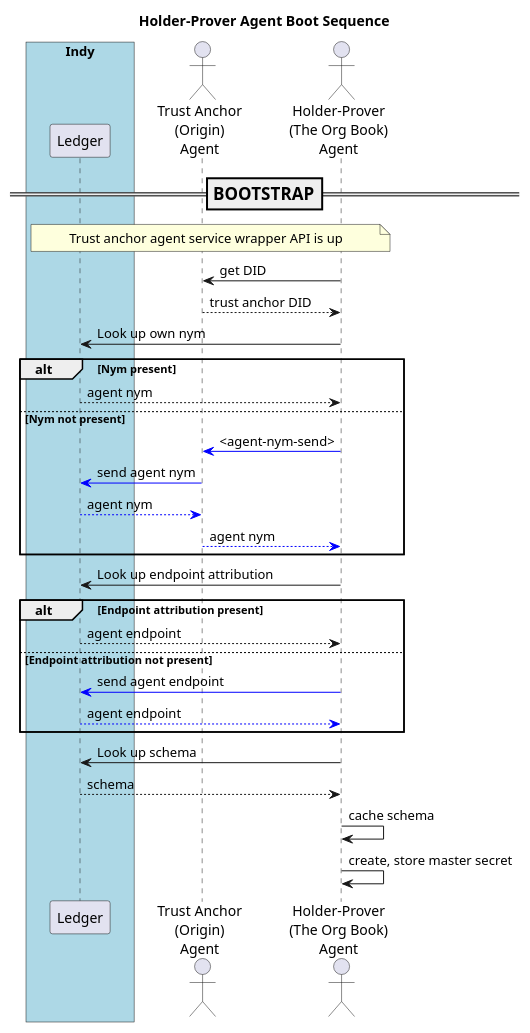
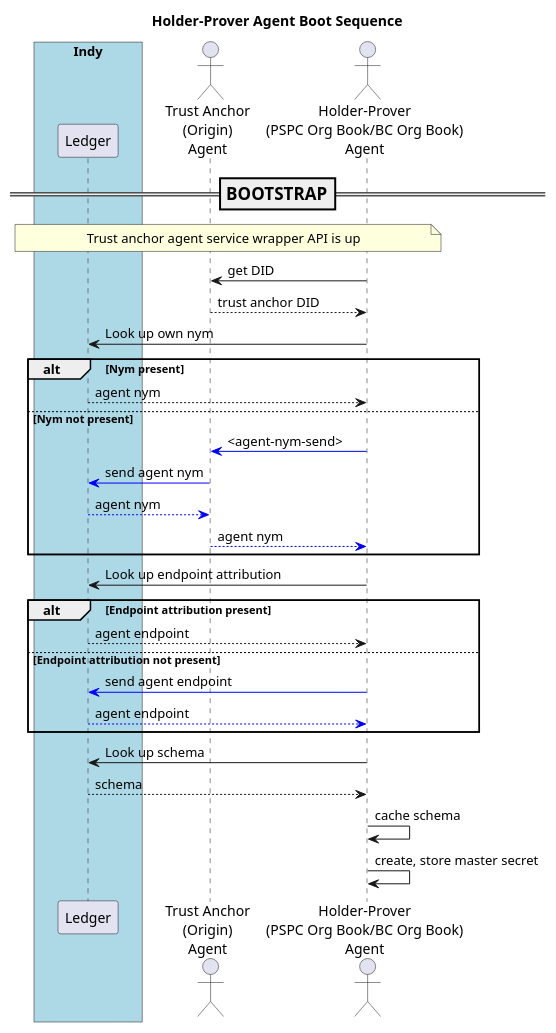
Before and after one commit to PSPC-SPAC-buyandsell/von_base: the diagram in doc/pic/src/boot.obag.puml, drawn with PlantUML. The commit also changed 14 other files, not shown here.

Commit message:
document launch of pspc org book agent from sri agent, code changes accordingly

```diff
--- a/doc/pic/src/boot.obag.puml
+++ b/doc/pic/src/boot.obag.puml
@@ -1,62 +1,61 @@
 @startuml
 /'
 Copyright 2017 Government of Canada - Public Services and Procurement Canada - buyandsell.gc.ca
 
 Licensed under the Apache License, Version 2.0 (the "License");
 you may not use this file except in compliance with the License.
 You may obtain a copy of the License at
 
 http://www.apache.org/licenses/LICENSE-2.0
 
 Unless required by applicable law or agreed to in writing, software
 distributed under the License is distributed on an "AS IS" BASIS,
 WITHOUT WARRANTIES OR CONDITIONS OF ANY KIND, either express or implied.
 See the License for the specific language governing permissions and
 limitations under the License.
 '/
 
 skinparam ParticipantPadding 20
 skinparam BaloxPadding 20
 
 title Holder-Prover Agent Boot Sequence
 
-
 box "Indy" #LightBlue
     participant "Ledger" as ledger
 endbox
 actor "Trust Anchor\n(Origin)\nAgent" as tag
-actor "Holder-Prover\n(The Org Book)\nAgent" as obag
+actor "Holder-Prover\n(PSPC Org Book/BC Org Book)\nAgent" as obag
 
 === BOOTSTRAP ==
 note over ledger, obag
 Trust anchor agent service wrapper API is up
 endnote
 
 obag -> tag: get DID
 tag --> obag: trust anchor DID
 
 obag -> ledger: Look up own nym
 alt Nym present
     ledger --> obag: agent nym
 else Nym not present
     obag -[#blue]> tag: <agent-nym-send>
     tag -[#blue]> ledger: send agent nym
     ledger --[#blue]> tag: agent nym
     tag --[#blue]> obag: agent nym
 end
 
 obag -> ledger: Look up endpoint attribution
 alt Endpoint attribution present
     ledger --> obag: agent endpoint
 else Endpoint attribution not present
     obag -[#blue]> ledger: send agent endpoint
     ledger --[#blue]> obag: agent endpoint
 end
 
 obag -> ledger: Look up schema
 ledger --> obag: schema
 obag -> obag: cache schema
 
 obag -> obag: create, store master secret
 
 @enduml
```
